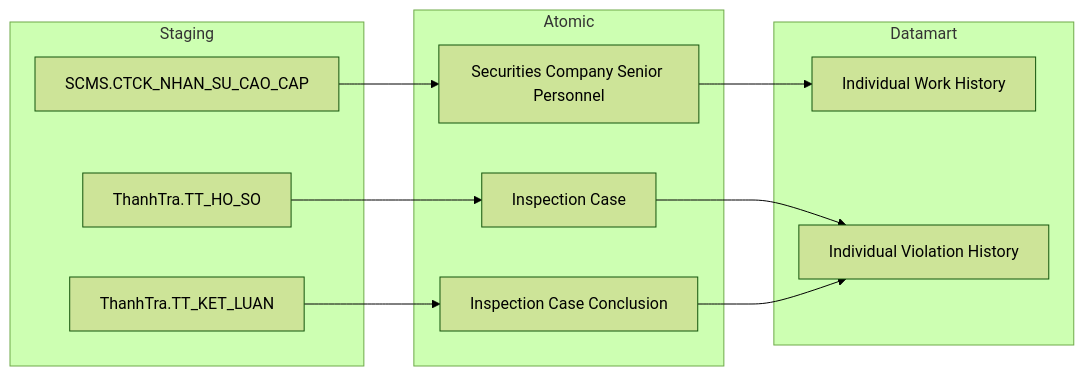
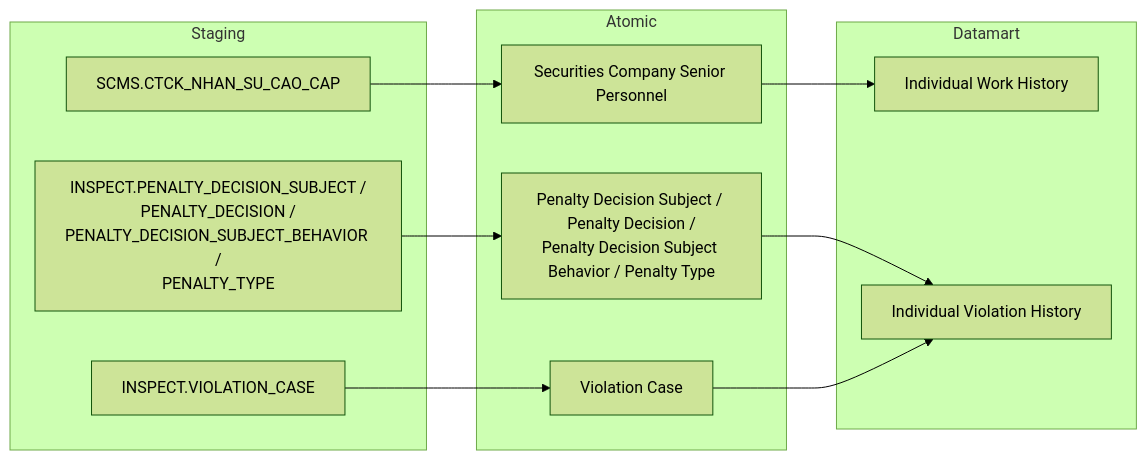
Diagram 17 of 30 in Datamart/hld/DTM_QLKD_HLD.md (linhlvit/ubck_atomic_design), drawn with Mermaid (forest theme) before and after one commit. The commit also changed other lines of this file and 35 other files, not shown here.

````diff
--- a/Datamart/hld/DTM_QLKD_HLD.md
+++ b/Datamart/hld/DTM_QLKD_HLD.md
@@ -598,27 +661,27 @@
 ```mermaid
 flowchart LR
     subgraph SRC["Staging"]
         S1["SCMS.CTCK_NHAN_SU_CAO_CAP"]
-        S2["ThanhTra.TT_HO_SO"]
-        S3["ThanhTra.TT_KET_LUAN"]
+        S2["INSPECT.PENALTY_DECISION_SUBJECT /\nPENALTY_DECISION /\nPENALTY_DECISION_SUBJECT_BEHAVIOR /\nPENALTY_TYPE"]
+        S3["INSPECT.VIOLATION_CASE"]
     end
 
     subgraph SIL["Atomic"]
         SV1["Securities Company Senior Personnel"]
-        SV2["Inspection Case"]
-        SV3["Inspection Case Conclusion"]
+        SV2["Penalty Decision Subject / Penalty Decision /\nPenalty Decision Subject Behavior / Penalty Type"]
+        SV3["Violation Case"]
     end
 
     subgraph Datamart["Datamart"]
         G1["Individual Work History"]
         G2["Individual Violation History"]
     end
 
     S1 --> SV1
     S2 --> SV2
     S3 --> SV3
 
     SV1 --> G1
     SV2 --> G2
     SV3 --> G2
 ```
````
